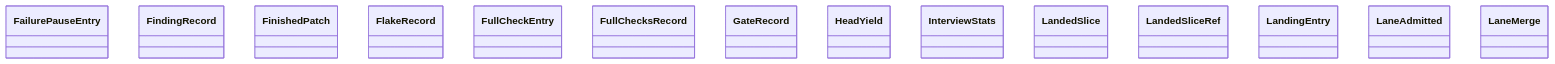
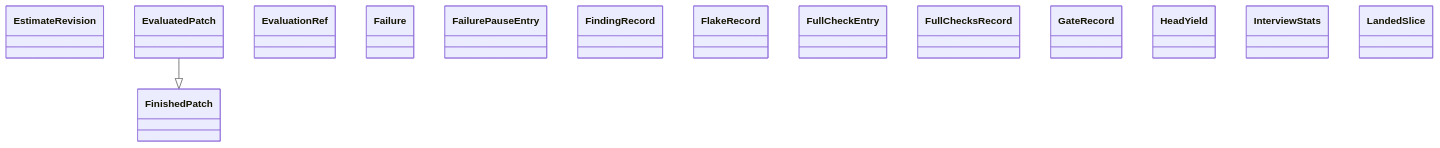
The diagram in docs/architecture/generated/classes-process-domain-state-5.md (GonzaloZevallos/agentic-system), drawn with Mermaid before and after one commit. The commit also changed other lines of this file and 13 other files, not shown here.

First line of the commit message:
Add pure spec-delivery rules: line parse, state patch, hash check, slice risks (GH-594 4a)

````diff
--- a/docs/architecture/generated/classes-process-domain-state-5.md
+++ b/docs/architecture/generated/classes-process-domain-state-5.md
@@ -27,17 +27,18 @@
 ```mermaid
 classDiagram
+    class task__EstimateRevision["EstimateRevision"]
+    class task__EvaluatedPatch["EvaluatedPatch"]
+    class task__EvaluationRef["EvaluationRef"]
+    class task__Failure["Failure"]
     class task__FailurePauseEntry["FailurePauseEntry"]
     class task__FindingRecord["FindingRecord"]
     class task__FinishedPatch["FinishedPatch"]
     class task__FlakeRecord["FlakeRecord"]
     class task__FullCheckEntry["FullCheckEntry"]
     class task__FullChecksRecord["FullChecksRecord"]
     class task__GateRecord["GateRecord"]
     class task__HeadYield["HeadYield"]
     class task__InterviewStats["InterviewStats"]
     class task__LandedSlice["LandedSlice"]
-    class task__LandedSliceRef["LandedSliceRef"]
-    class task__LandingEntry["LandingEntry"]
-    class task__LaneAdmitted["LaneAdmitted"]
-    class task__LaneMerge["LaneMerge"]
+    task__EvaluatedPatch --|> task__FinishedPatch
 ```
````
